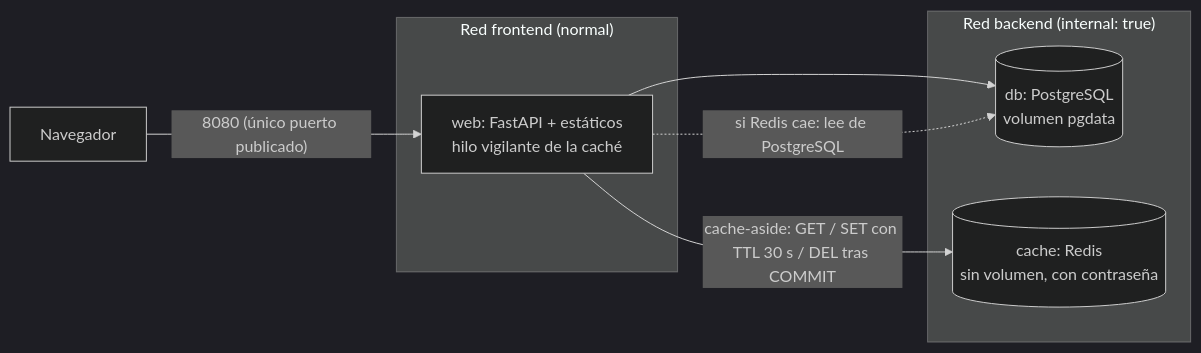
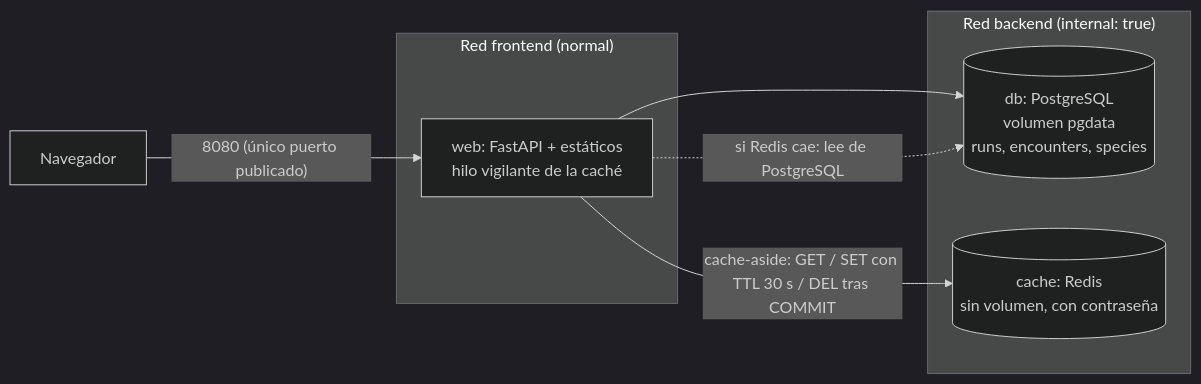
Before and after one commit to Akrahan/Tracker_Randomlocke: the diagram in docs/resumenes/fase-3.md, drawn with Mermaid (dark theme). The commit also changed other lines of this file and 4 other files, not shown here.

````diff
--- a/docs/resumenes/fase-3.md
+++ b/docs/resumenes/fase-3.md
@@ -11,14 +11,14 @@
 ```mermaid
 flowchart LR
     U["Navegador"] -->|"8080 (único puerto publicado)"| W
     subgraph FE["Red frontend (normal)"]
         W["web: FastAPI + estáticos<br/>hilo vigilante de la caché"]
     end
     subgraph BE["Red backend (internal: true)"]
-        DB[("db: PostgreSQL<br/>volumen pgdata")]
+        DB[("db: PostgreSQL<br/>volumen pgdata<br/>runs, encounters, species")]
         C[("cache: Redis<br/>sin volumen, con contraseña")]
     end
     W --> DB
     W -->|"cache-aside: GET / SET con TTL 30 s / DEL tras COMMIT"| C
     W -.->|"si Redis cae: lee de PostgreSQL"| DB
 ```
````
